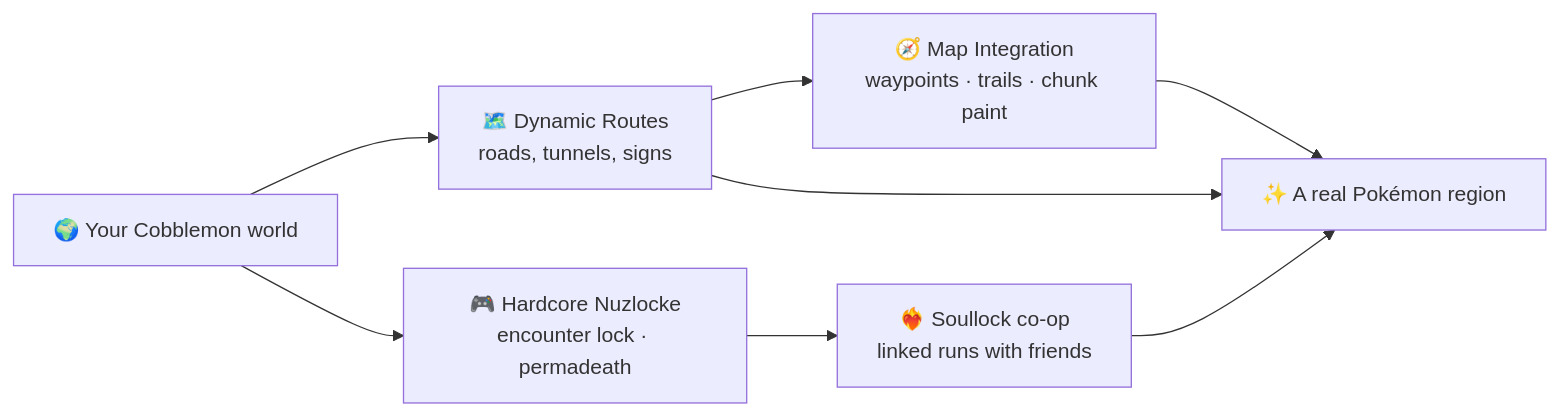
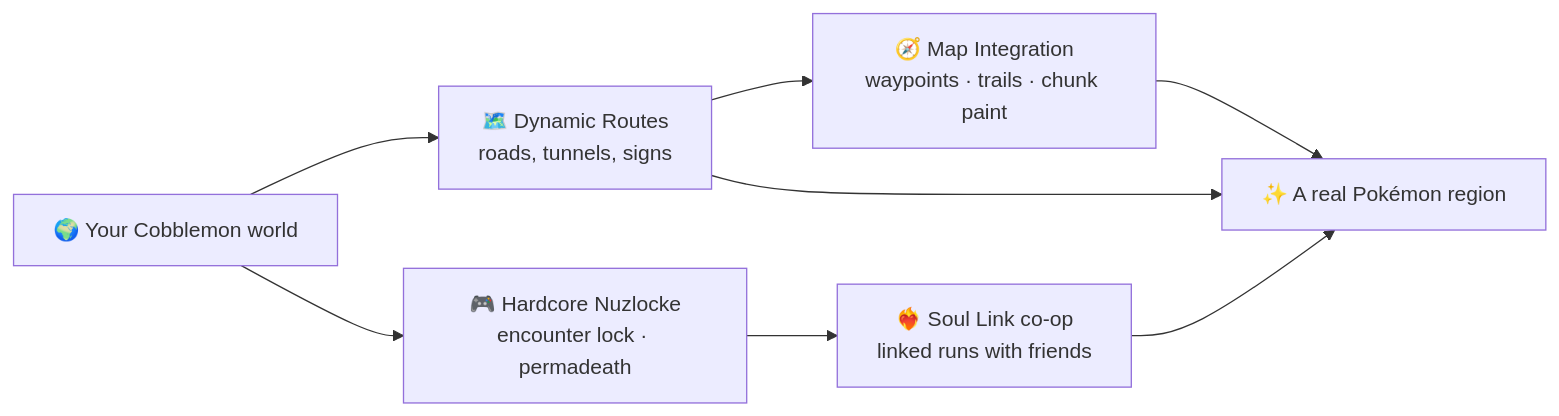
One commit to manucruzleiva/mod-wiki changed the diagram in docs/routes/index.md. Above: the diagram before and after it, drawn with Mermaid. The commit also changed other lines of this file and 14 other files, not shown here.

First line of the commit message:
Soullock pasa a llamarse Soul Link

````diff
--- a/docs/routes/index.md
+++ b/docs/routes/index.md
@@ -24,10 +24,10 @@
 ```mermaid
 flowchart LR
     W[🌍 Your Cobblemon world] --> R[🗺️ Dynamic Routes<br/>roads, tunnels, signs]
     W --> N[🎮 Hardcore Nuzlocke<br/>encounter lock · permadeath]
     R --> M[🧭 Map Integration<br/>waypoints · trails · chunk paint]
-    N --> S[❤️‍🔥 Soullock co-op<br/>linked runs with friends]
+    N --> S[❤️‍🔥 Soul Link co-op<br/>linked runs with friends]
     M --> RPG[✨ A real Pokémon region]
     S --> RPG
     R --> RPG
 ```
````
